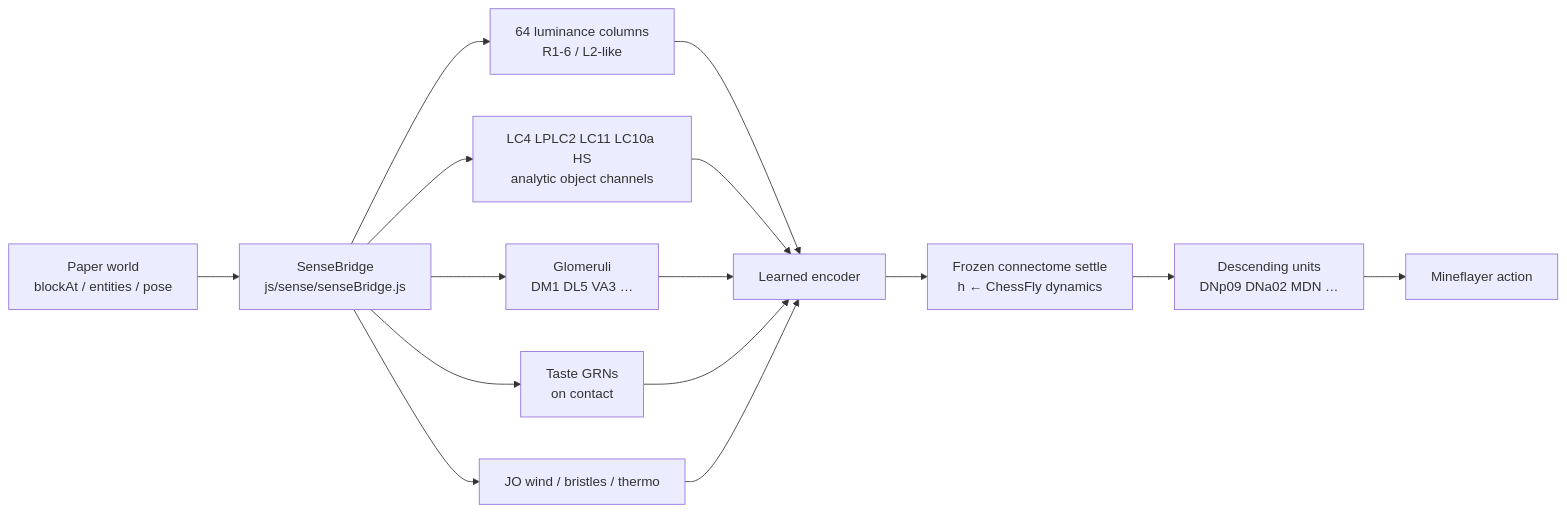
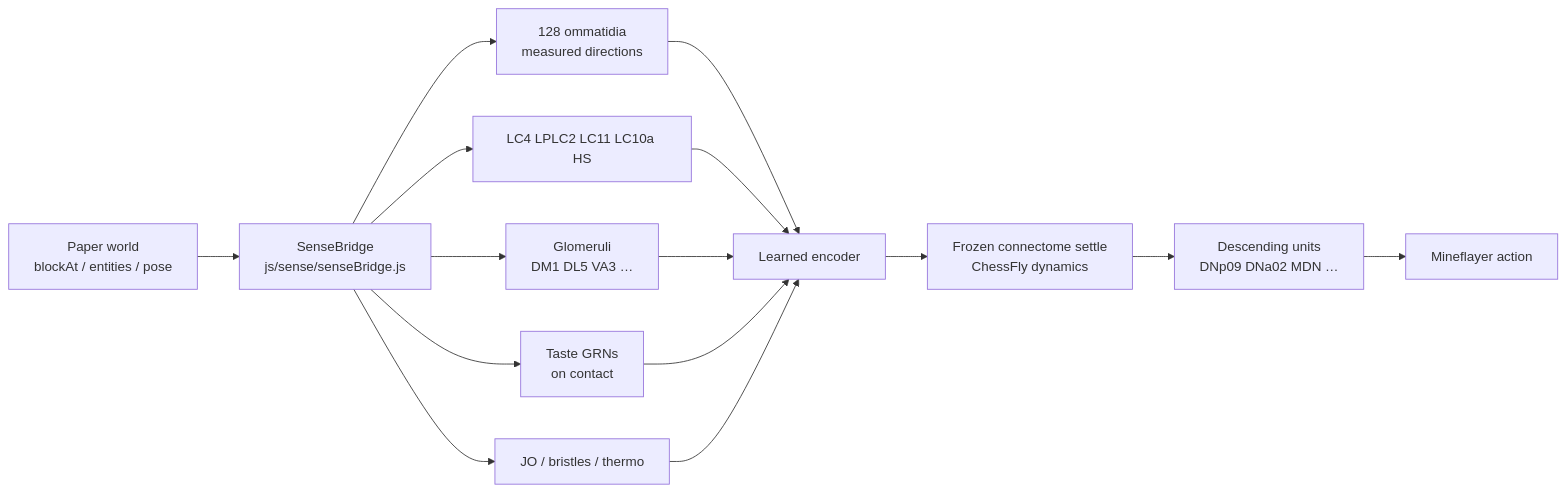
The first of 2 diagrams in README.md (1-am-stuck/wood-collector-bot), drawn with Mermaid before and after one commit. The commit also changed other lines of this file, not shown here.

First line of the commit message:
Rewrite README for the live fly policy and lumberjack loop.

````diff
--- a/README.md
+++ b/README.md
@@ -15,17 +39,17 @@
 ```mermaid
 flowchart LR
   MC["Paper world<br/>blockAt / entities / pose"] --> SB["SenseBridge<br/>js/sense/senseBridge.js"]
-  SB --> RET["64 luminance columns<br/>R1-6 / L2-like"]
-  SB --> LC["LC4 LPLC2 LC11 LC10a HS<br/>analytic object channels"]
+  SB --> RET["128 ommatidia<br/>measured directions"]
+  SB --> LC["LC4 LPLC2 LC11 LC10a HS"]
   SB --> ORN["Glomeruli<br/>DM1 DL5 VA3 …"]
   SB --> GRN["Taste GRNs<br/>on contact"]
-  SB --> JO["JO wind / bristles / thermo"]
+  SB --> JO["JO / bristles / thermo"]
   RET --> ENC["Learned encoder"]
   LC --> ENC
   ORN --> ENC
   GRN --> ENC
   JO --> ENC
-  ENC --> H["Frozen connectome settle<br/>h ← ChessFly dynamics"]
+  ENC --> H["Frozen connectome settle<br/>ChessFly dynamics"]
   H --> DN["Descending units<br/>DNp09 DNa02 MDN …"]
   DN --> ACT["Mineflayer action"]
 ```
````
